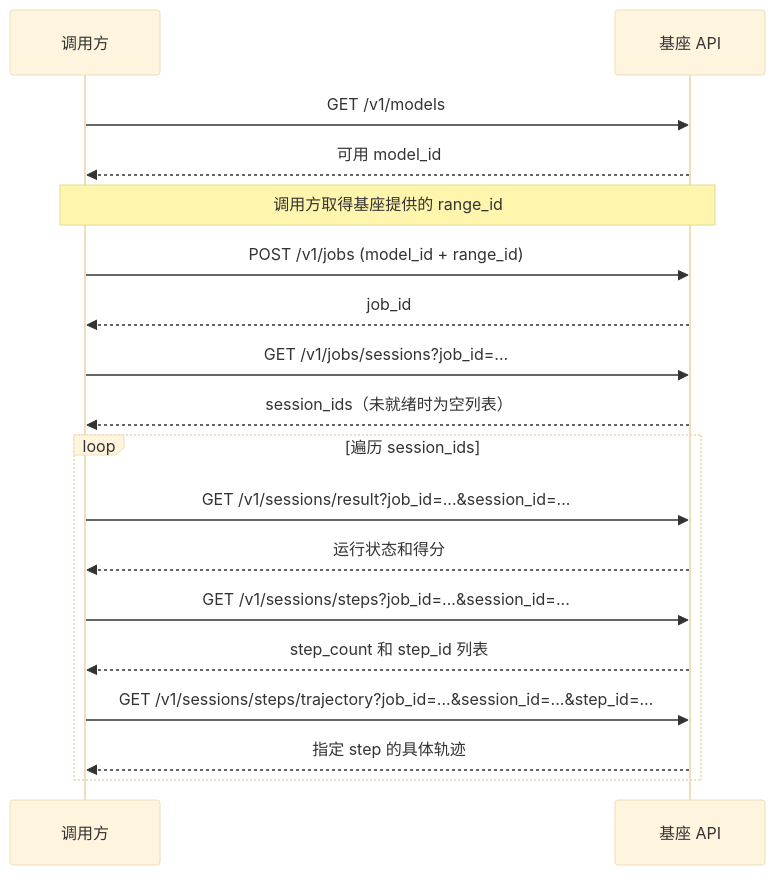
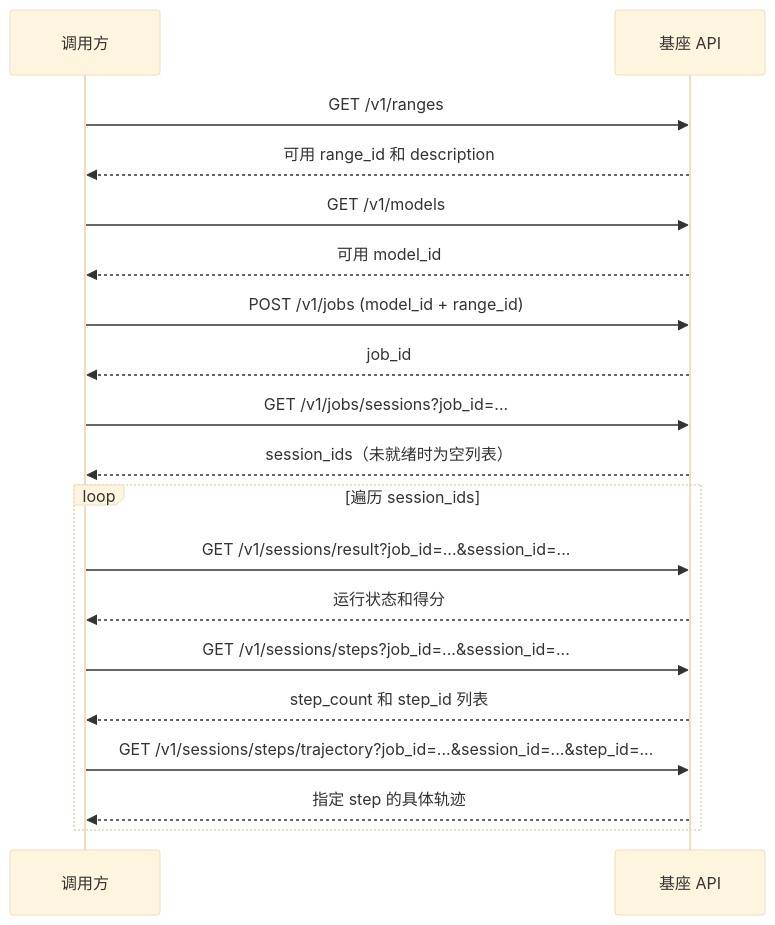
Before and after one commit to BinHuangPJLAB/SafactoryServer: the diagram in docs/API_DESIGN.md, drawn with Mermaid (base theme). The commit also changed other lines of this file and 24 other files, not shown here.

````diff
--- a/docs/API_DESIGN.md
+++ b/docs/API_DESIGN.md
@@ -43,21 +43,22 @@
 ```mermaid
 sequenceDiagram
     participant Client as 调用方
     participant Base as 基座 API
 
+    Client->>Base: GET /v1/ranges
+    Base-->>Client: 可用 range_id 和 description
     Client->>Base: GET /v1/models
     Base-->>Client: 可用 model_id
-    Note over Client,Base: 调用方取得基座提供的 range_id
     Client->>Base: POST /v1/jobs (model_id + range_id)
     Base-->>Client: job_id
     Client->>Base: GET /v1/jobs/sessions?job_id=...
     Base-->>Client: session_ids（未就绪时为空列表）
     loop 遍历 session_ids
         Client->>Base: GET /v1/sessions/result?job_id=...&session_id=...
         Base-->>Client: 运行状态和得分
         Client->>Base: GET /v1/sessions/steps?job_id=...&session_id=...
         Base-->>Client: step_count 和 step_id 列表
         Client->>Base: GET /v1/sessions/steps/trajectory?job_id=...&session_id=...&step_id=...
         Base-->>Client: 指定 step 的具体轨迹
     end
 ```
````
